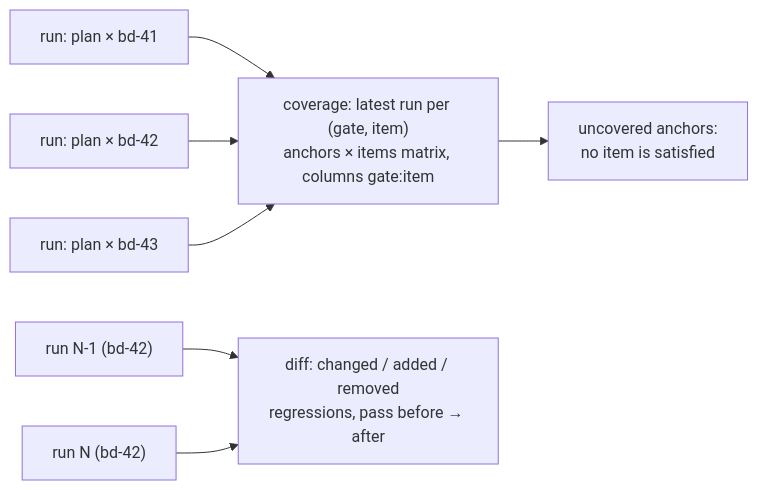
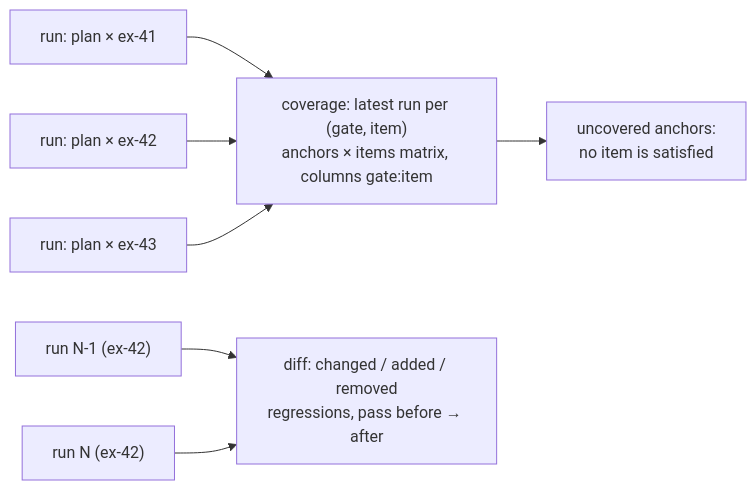
One commit to randlee/plan-anchor changed the fourth of 6 diagrams in docs/design/data-model-and-gating.md. Above: the diagram before and after it, drawn with Mermaid. The commit also changed other lines of this file and 4 other files, not shown here.

First line of the commit message:
docs: match requirements, architecture and design to main at 0.8.1

````diff
--- a/docs/design/data-model-and-gating.md
+++ b/docs/design/data-model-and-gating.md
@@ -180,9 +180,9 @@
 ```mermaid
 flowchart LR
-    R1["run: plan × bd-41"] --> M
-    R2["run: plan × bd-42"] --> M
-    R3["run: plan × bd-43"] --> M
+    R1["run: plan × ex-41"] --> M
+    R2["run: plan × ex-42"] --> M
+    R3["run: plan × ex-43"] --> M
     M["coverage: latest run per (gate, item)<br/>anchors × items matrix, columns gate:item"] --> U["uncovered anchors:<br/>no item is satisfied"]
-    Prev["run N-1 (bd-42)"] --> D["diff: changed / added / removed<br/>regressions, pass before → after"]
-    Next["run N (bd-42)"] --> D
+    Prev["run N-1 (ex-42)"] --> D["diff: changed / added / removed<br/>regressions, pass before → after"]
+    Next["run N (ex-42)"] --> D
 ```
````
